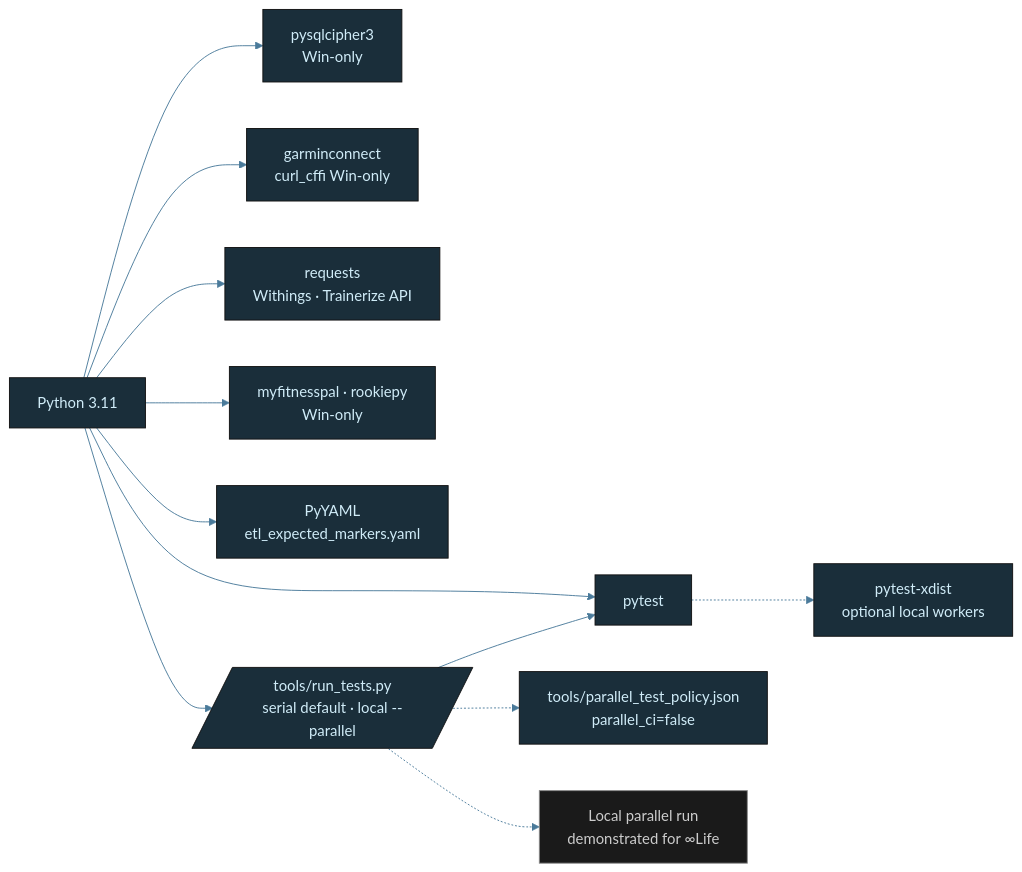
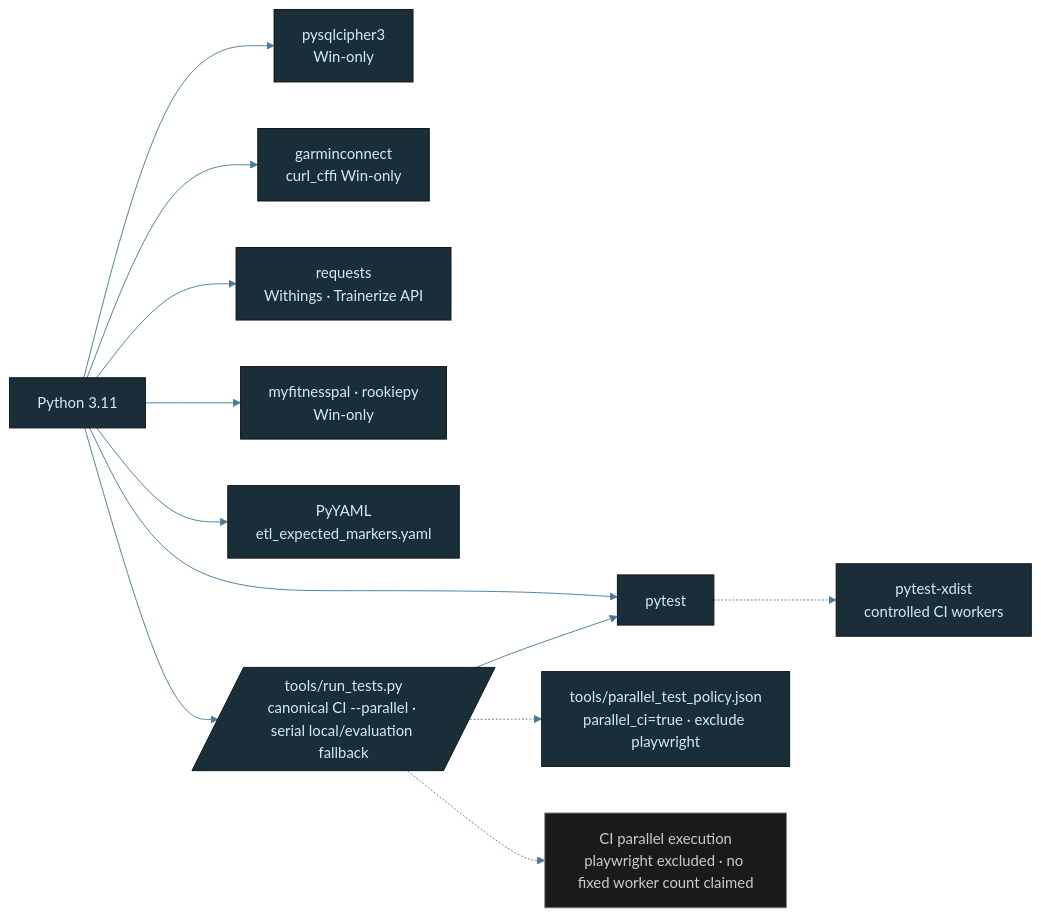
Before and after one commit to tylerdrakemusic/-Workspace: the diagram in diagrams/life-tech-stack.mmd, drawn with Mermaid. The commit also changed 2 other files, not shown here.

Commit message:
docs: reconcile xdist technology-stack diagrams

```diff
--- a/diagrams/life-tech-stack.mmd
+++ b/diagrams/life-tech-stack.mmd
@@ -1,26 +1,26 @@
 %%{init: {'theme': 'base', 'themeVariables': {'primaryColor': '#1a2e3a', 'primaryTextColor': '#d0ecf8', 'edgeLabelBackground': '#0f1318', 'lineColor': '#4a7a9a'}}}%%
 graph LR
     Python[Python 3.11] --> SQLCipher[pysqlcipher3<br/>Win-only]
     Python --> Garmin[garminconnect<br/>curl_cffi Win-only]
     Python --> Requests[requests<br/>Withings · Trainerize API]
     Python --> MFP[myfitnesspal · rookiepy<br/>Win-only]
     Python --> YAML[PyYAML<br/>etl_expected_markers.yaml]
     Python --> Pytest[pytest]
-    Python --> TestRunner[/tools/run_tests.py<br/>serial default · local --parallel/]
+    Python --> TestRunner[/tools/run_tests.py<br/>canonical CI --parallel · serial local/evaluation fallback/]
     TestRunner --> Pytest
-    TestRunner -.-> TestPolicy[tools/parallel_test_policy.json<br/>parallel_ci=false]
-    Pytest -.-> Xdist[pytest-xdist<br/>optional local workers]
-    TestRunner -.-> ParallelEvidence[Local parallel run<br/>demonstrated for ∞Life]
+    TestRunner -.-> TestPolicy[tools/parallel_test_policy.json<br/>parallel_ci=true · exclude playwright]
+    Pytest -.-> Xdist[pytest-xdist<br/>controlled CI workers]
+    TestRunner -.-> ParallelEvidence[CI parallel execution<br/>playwright excluded · no fixed worker count claimed]
     class Python lang
     class SQLCipher,Garmin,Requests,MFP,YAML,Pytest,TestRunner,TestPolicy,Xdist lib
     class ParallelEvidence state
 
 classDef life     fill:#1a2e3a,stroke:#6ab4d4,color:#d0ecf8
 classDef music    fill:#3a1a24,stroke:#d47a8f,color:#f8d0dc
 classDef quantum  fill:#251a3a,stroke:#a07adf,color:#e8d0f8
 classDef manifest fill:#3a2e1a,stroke:#d4a96a,color:#f8ead0
 classDef ws       fill:#1a3a30,stroke:#6ad4b4,color:#d0f8ee
 classDef tyler    fill:#2a1a3a,stroke:#9e4aff,color:#fff
 classDef ext      fill:#3a2020,stroke:#ff7a7a,color:#ffd0d0
 classDef db       fill:#3a3010,stroke:#d4c050,color:#f8f0c0
 classDef state    fill:#1a1a1a,stroke:#888888,color:#cccccc
```
